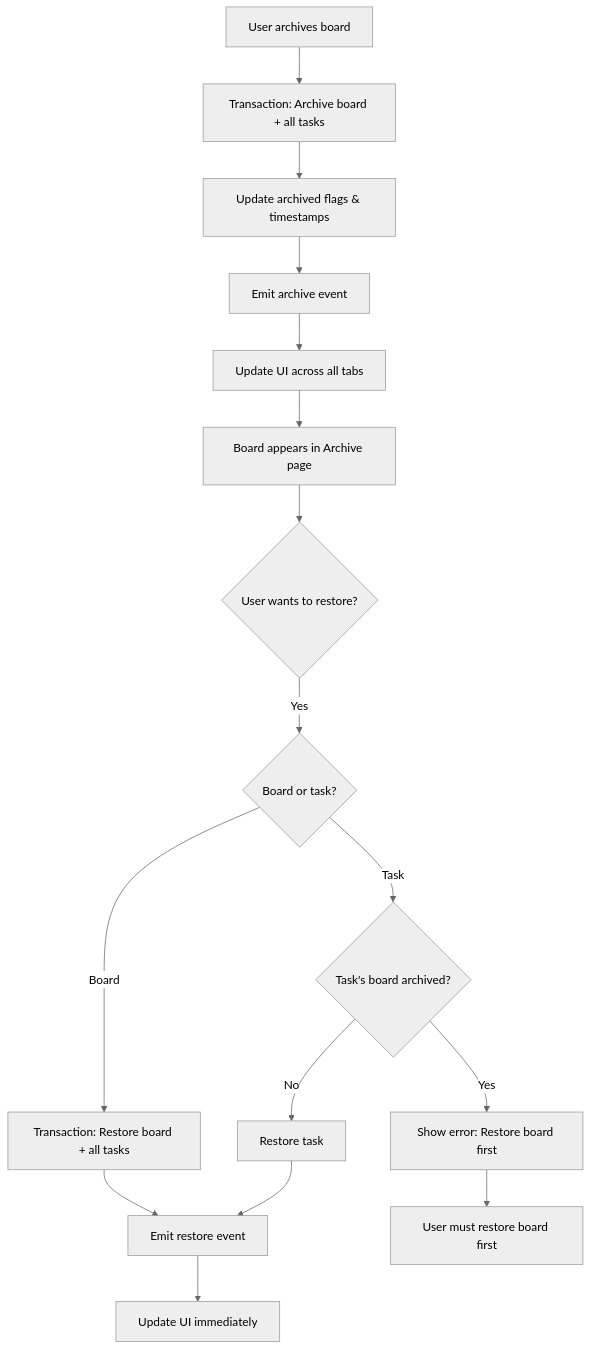
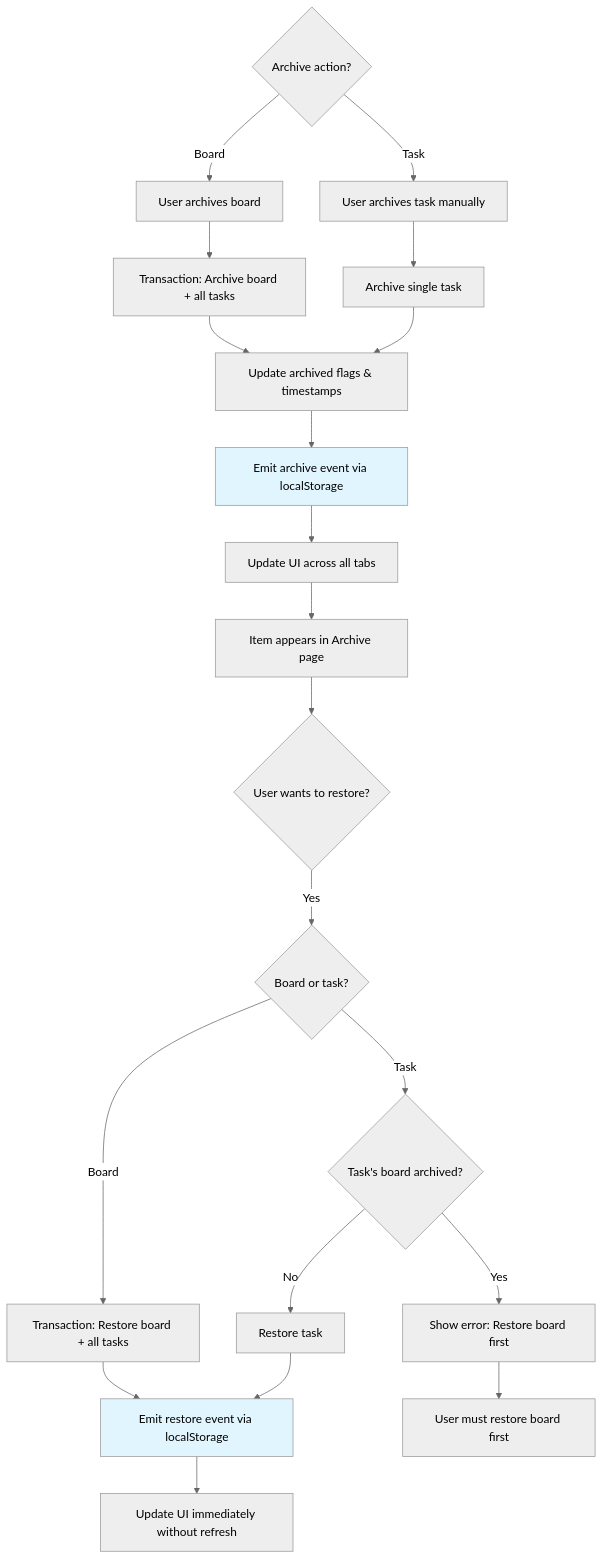
The fourth of 6 diagrams in README.md (gluppler/Kibble), drawn with Mermaid (neutral theme) before and after one commit. The commit also changed other lines of this file and 34 other files, not shown here.

````diff
--- a/README.md
+++ b/README.md
@@ -547,18 +578,24 @@
 ```mermaid
 flowchart TD
-    A[User archives board] --> B[Transaction: Archive board + all tasks]
-    B --> C[Update archived flags & timestamps]
-    C --> D[Emit archive event]
-    D --> E[Update UI across all tabs]
-    E --> F[Board appears in Archive page]
-    F --> G{User wants to restore?}
-    G -->|Yes| H{Board or task?}
-    H -->|Board| I[Transaction: Restore board + all tasks]
-    H -->|Task| J{Task's board archived?}
-    J -->|Yes| K[Show error: Restore board first]
-    J -->|No| L[Restore task]
-    I --> M[Emit restore event]
-    L --> M
-    M --> N[Update UI immediately]
-    K --> O[User must restore board first]
+    A{Archive action?} -->|Board| B[User archives board]
+    A -->|Task| C[User archives task manually]
+    B --> D[Transaction: Archive board + all tasks]
+    C --> E[Archive single task]
+    D --> F[Update archived flags & timestamps]
+    E --> F
+    F --> G[Emit archive event via localStorage]
+    G --> H[Update UI across all tabs]
+    H --> I[Item appears in Archive page]
+    I --> J{User wants to restore?}
+    J -->|Yes| K{Board or task?}
+    K -->|Board| L[Transaction: Restore board + all tasks]
+    K -->|Task| M{Task's board archived?}
+    M -->|Yes| N[Show error: Restore board first]
+    M -->|No| O[Restore task]
+    L --> P[Emit restore event via localStorage]
+    O --> P
+    P --> Q[Update UI immediately without refresh]
+    N --> R[User must restore board first]
+    style G fill:#e1f5ff
+    style P fill:#e1f5ff
 ```
````
